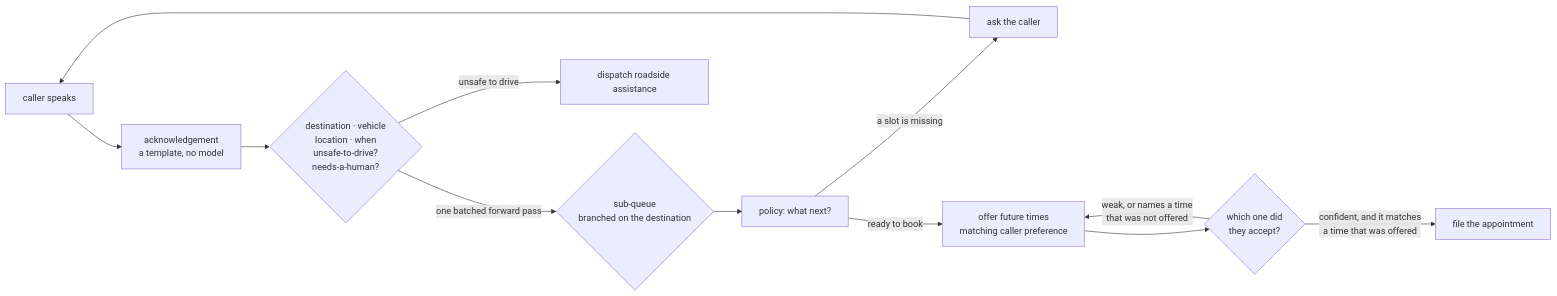
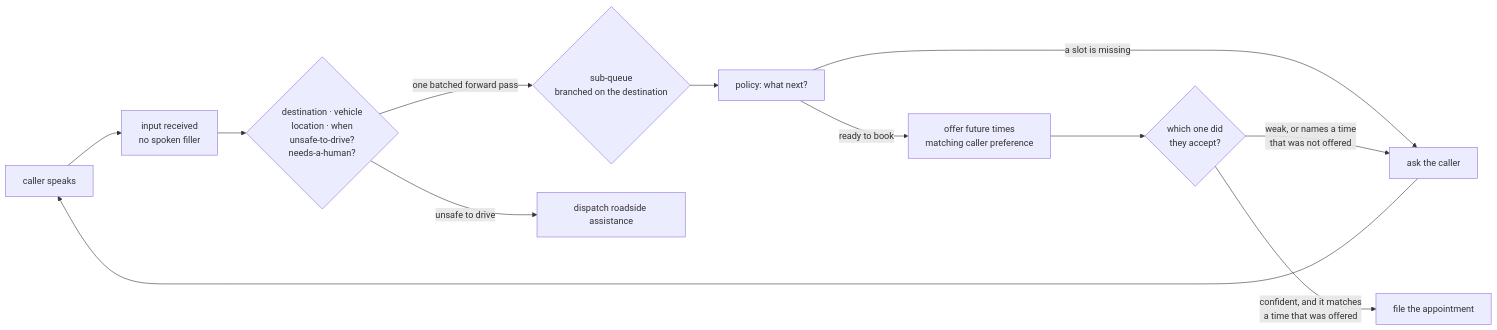
Before and after one commit to riefer02/laya-call-router: the first of 2 diagrams in DEMO.md, drawn with Mermaid. The commit also changed other lines of this file and 9 other files, not shown here.

````diff
--- a/DEMO.md
+++ b/DEMO.md
@@ -16,14 +16,14 @@
 ```mermaid
 flowchart LR
-    A["caller speaks"] --> B["acknowledgement<br/>a template, no model"]
+    A["caller speaks"] --> B["input received<br/>no spoken filler"]
     B --> C{"destination · vehicle<br/>location · when<br/>unsafe-to-drive?<br/>needs-a-human?"}
     C -->|"one batched forward pass"| D{"sub-queue<br/>branched on the destination"}
     D --> E["policy: what next?"]
     E -->|"a slot is missing"| F["ask the caller"]
     F --> A
     E -->|"ready to book"| G["offer future times<br/>matching caller preference"]
     G --> H{"which one did<br/>they accept?"}
     H -->|"confident, and it matches<br/>a time that was offered"| I["file the appointment"]
-    H -->|"weak, or names a time<br/>that was not offered"| G
+    H -->|"weak, or names a time<br/>that was not offered"| F
     C -->|"unsafe to drive"| J["dispatch roadside assistance"]
 ```
````
